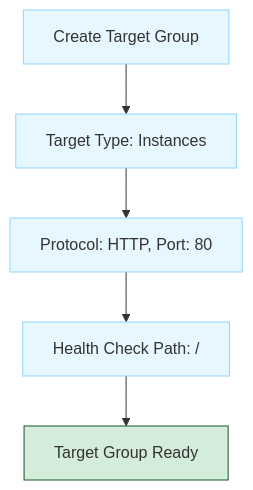
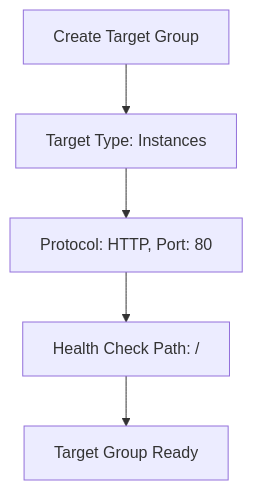
One commit to sujith-eag/sujith-library changed the second of 2 diagrams in docs/dev-cloud/cclab/lab_12.md. Above: the diagram before and after it, drawn with Mermaid. The commit also changed other lines of this file and 41 other files, not shown here.

First line of the commit message:
Refactor diagrams and remove redundant styles in documentation

````diff
--- a/docs/dev-cloud/cclab/lab_12.md
+++ b/docs/dev-cloud/cclab/lab_12.md
@@ -114,13 +106,7 @@
 ```mermaid
 flowchart TD
     Create[Create Target Group] --> Type[Target Type: Instances]
     Type --> Protocol[Protocol: HTTP, Port: 80]
     Protocol --> Health[Health Check Path: /]
     Health --> Done[Target Group Ready]
-
-    classDef process fill:#e6f7ff,stroke:#91d5ff
-    classDef success fill:#d4edda,stroke:#155724
-
-    class Create,Type,Protocol,Health process
-    class Done success
 ```
````
